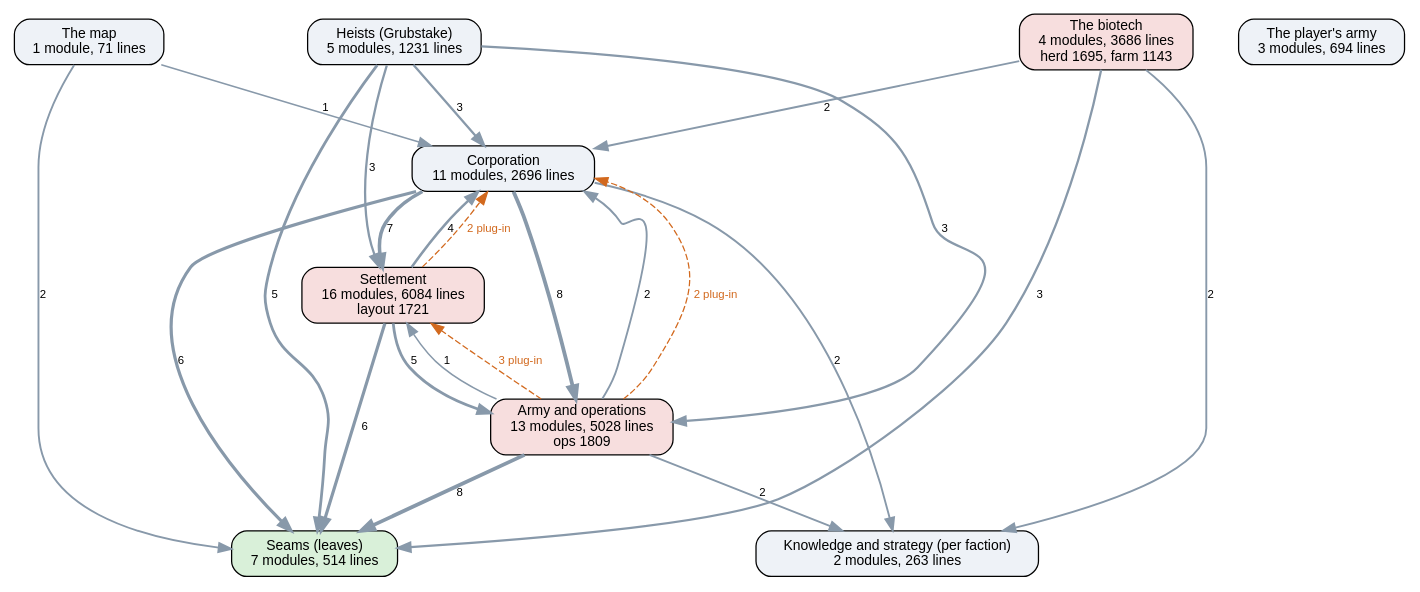
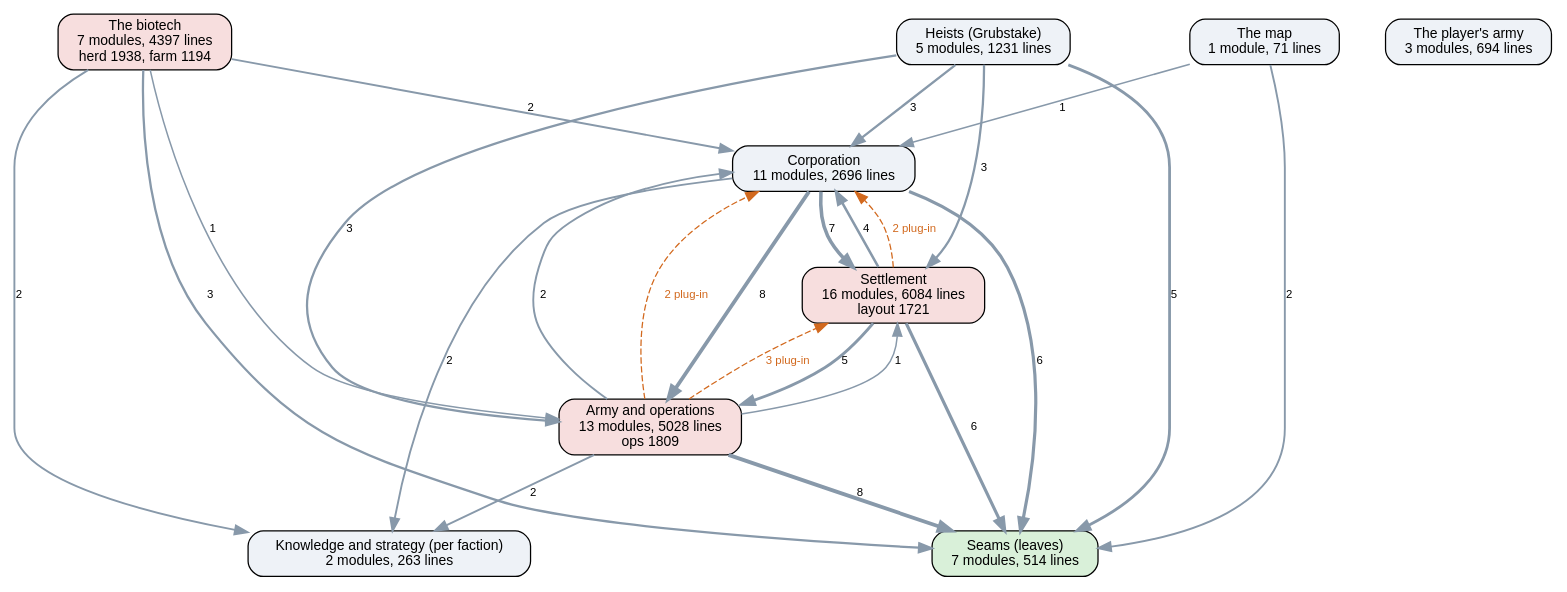
One commit to kinelhu/landing-party changed the diagram in docs/ai-layers.dot. Above: the diagram before and after it, drawn with Graphviz. The commit also changed 18 other files, not shown here.

```diff
--- a/docs/ai-layers.dot
+++ b/docs/ai-layers.dot
@@ -1,37 +1,38 @@
 digraph layers {
   graph [rankdir=TB, fontname="Helvetica", nodesep=0.5, ranksep=0.7];
   node [shape=box, style="rounded,filled", fontname="Helvetica", fontsize=11, fillcolor="#eef2f7"];
   edge [color="#8899aa", fontname="Helvetica", fontsize=9];
   "Seams (leaves)" [label="Seams (leaves)\n7 modules, 514 lines", fillcolor="#d9f0d9"];
   "Knowledge and strategy (per faction)" [label="Knowledge and strategy (per faction)\n2 modules, 263 lines", fillcolor="#eef2f7"];
   "Corporation" [label="Corporation\n11 modules, 2696 lines", fillcolor="#eef2f7"];
   "Settlement" [label="Settlement\n16 modules, 6084 lines\nlayout 1721", fillcolor="#f7dede"];
   "Army and operations" [label="Army and operations\n13 modules, 5028 lines\nops 1809", fillcolor="#f7dede"];
   "Heists (Grubstake)" [label="Heists (Grubstake)\n5 modules, 1231 lines", fillcolor="#eef2f7"];
-  "The biotech" [label="The biotech\n4 modules, 3686 lines\nherd 1695, farm 1143", fillcolor="#f7dede"];
+  "The biotech" [label="The biotech\n7 modules, 4397 lines\nherd 1938, farm 1194", fillcolor="#f7dede"];
   "The map" [label="The map\n1 module, 71 lines", fillcolor="#eef2f7"];
   "The player's army" [label="The player's army\n3 modules, 694 lines", fillcolor="#eef2f7"];
   "Army and operations" -> "Corporation" [label="2", penwidth=1.5];
   "Army and operations" -> "Knowledge and strategy (per faction)" [label="2", penwidth=1.5];
   "Army and operations" -> "Seams (leaves)" [label="8", penwidth=3.0];
   "Army and operations" -> "Settlement" [label="1", penwidth=1.2];
   "Corporation" -> "Army and operations" [label="8", penwidth=3.0];
   "Corporation" -> "Knowledge and strategy (per faction)" [label="2", penwidth=1.5];
   "Corporation" -> "Seams (leaves)" [label="6", penwidth=2.5];
   "Corporation" -> "Settlement" [label="7", penwidth=2.8];
   "Heists (Grubstake)" -> "Army and operations" [label="3", penwidth=1.8];
   "Heists (Grubstake)" -> "Corporation" [label="3", penwidth=1.8];
   "Heists (Grubstake)" -> "Seams (leaves)" [label="5", penwidth=2.2];
   "Heists (Grubstake)" -> "Settlement" [label="3", penwidth=1.8];
   "Settlement" -> "Army and operations" [label="5", penwidth=2.2];
   "Settlement" -> "Corporation" [label="4", penwidth=2.0];
   "Settlement" -> "Seams (leaves)" [label="6", penwidth=2.5];
+  "The biotech" -> "Army and operations" [label="1", penwidth=1.2];
   "The biotech" -> "Corporation" [label="2", penwidth=1.5];
   "The biotech" -> "Knowledge and strategy (per faction)" [label="2", penwidth=1.5];
   "The biotech" -> "Seams (leaves)" [label="3", penwidth=1.8];
   "The map" -> "Corporation" [label="1", penwidth=1.2];
   "The map" -> "Seams (leaves)" [label="2", penwidth=1.5];
   "Army and operations" -> "Corporation" [style=dashed, color="#d2691e", fontcolor="#d2691e", label="2 plug-in"];
   "Army and operations" -> "Settlement" [style=dashed, color="#d2691e", fontcolor="#d2691e", label="3 plug-in"];
   "Settlement" -> "Corporation" [style=dashed, color="#d2691e", fontcolor="#d2691e", label="2 plug-in"];
 }
```
